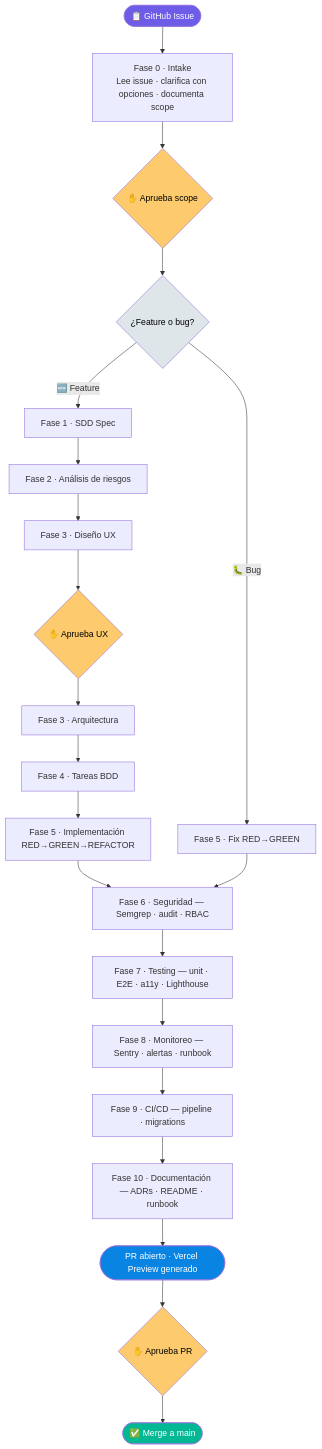
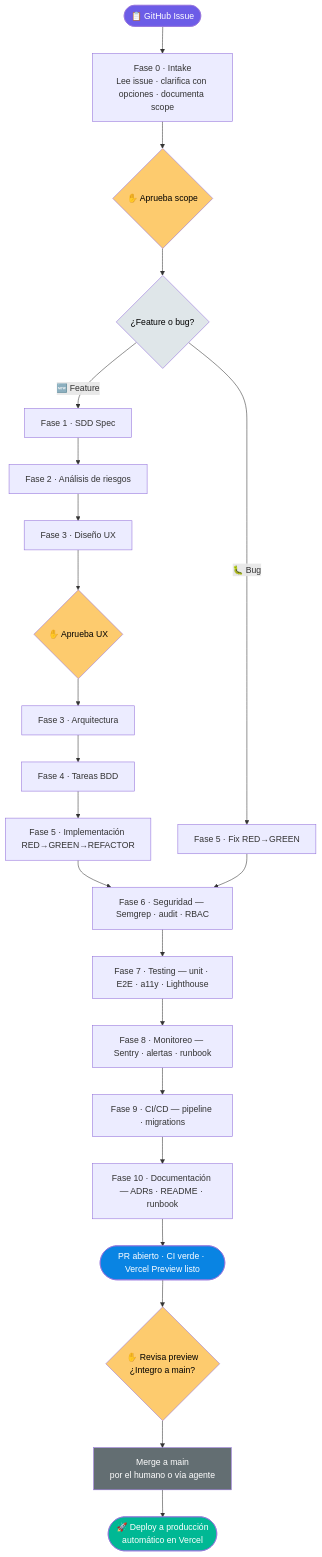
The diagram in home.md (cromilakis/cromi-arch), drawn with Mermaid before and after one commit. The commit also changed 3 other files, not shown here.

Commit message:
docs: modelo de deploy siempre vía PR — nunca push directo a main

````diff
--- a/home.md
+++ b/home.md
@@ -9,44 +9,46 @@
 ```mermaid
 flowchart TD
     ISSUE(["📋 GitHub Issue"])
     F0["Fase 0 · Intake\nLee issue · clarifica con opciones · documenta scope"]
     G0{"✋ Aprueba scope"}
     TIPO{"¿Feature o bug?"}
 
     ISSUE --> F0 --> G0 --> TIPO
 
     F1["Fase 1 · SDD Spec"]
     F2["Fase 2 · Análisis de riesgos"]
     F3["Fase 3 · Diseño UX"]
     G3{"✋ Aprueba UX"}
     F3A["Fase 3 · Arquitectura"]
     F4["Fase 4 · Tareas BDD"]
     F5["Fase 5 · Implementación RED→GREEN→REFACTOR"]
     F5B["Fase 5 · Fix RED→GREEN"]
     F6["Fase 6 · Seguridad — Semgrep · audit · RBAC"]
     F7["Fase 7 · Testing — unit · E2E · a11y · Lighthouse"]
     F8["Fase 8 · Monitoreo — Sentry · alertas · runbook"]
     F9["Fase 9 · CI/CD — pipeline · migrations"]
     F10["Fase 10 · Documentación — ADRs · README · runbook"]
-    PR(["PR abierto · Vercel Preview generado"])
-    G9{"✋ Aprueba PR"}
-    DONE(["✅ Merge a main"])
+    PR(["PR abierto · CI verde · Vercel Preview listo"])
+    G9{"✋ Revisa preview\n¿Integro a main?"}
+    MERGE["Merge a main\npor el humano o vía agente"]
+    DONE(["🚀 Deploy a producción\nautomático en Vercel"])
 
     TIPO -->|"🆕 Feature"| F1
     F1 --> F2 --> F3 --> G3 --> F3A --> F4 --> F5
     F5 --> F6
 
     TIPO -->|"🐛 Bug"| F5B
     F5B --> F6
 
     F6 --> F7 --> F8 --> F9 --> F10 --> PR
-    PR --> G9 --> DONE
+    PR --> G9 --> MERGE --> DONE
 
     style ISSUE fill:#6C5CE7,color:#fff
     style DONE fill:#00B894,color:#fff
+    style MERGE fill:#636e72,color:#fff
     style G0 fill:#FDCB6E,color:#000
     style G3 fill:#FDCB6E,color:#000
     style G9 fill:#FDCB6E,color:#000
     style TIPO fill:#dfe6e9,color:#000
     style PR fill:#0984E3,color:#fff
 ```
````
